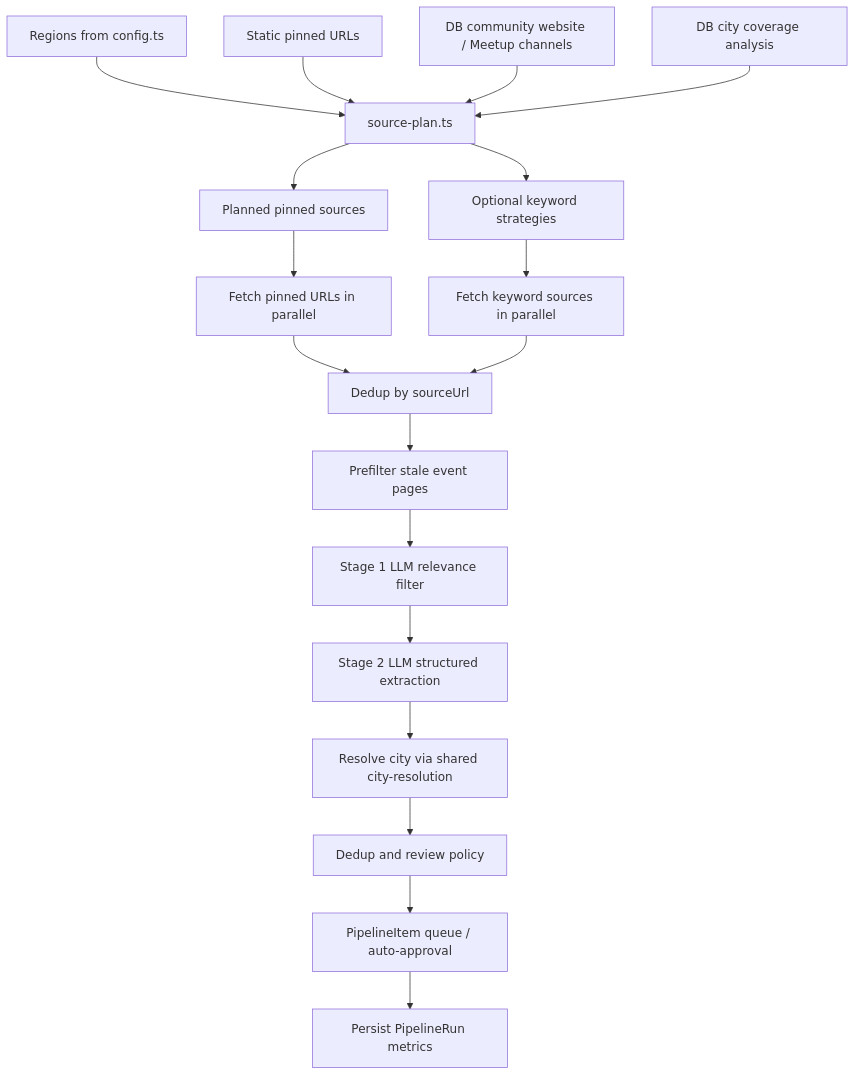
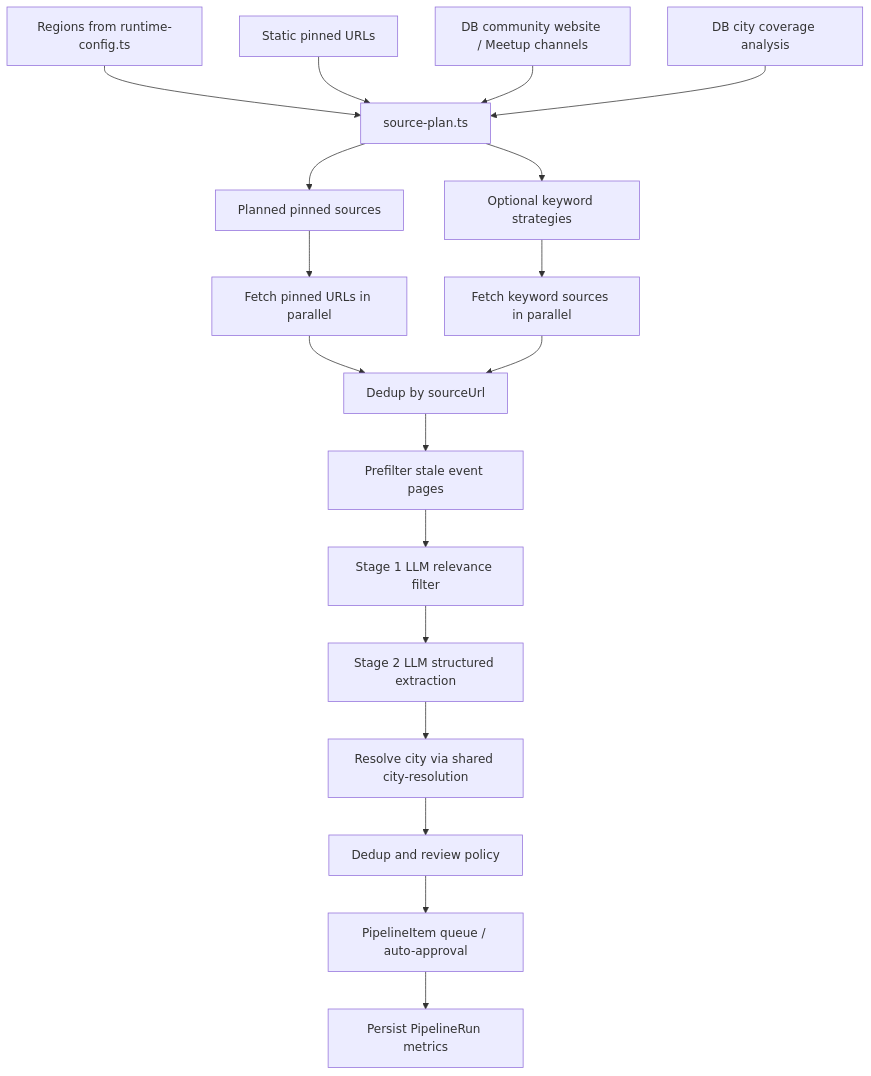
The diagram in docs/AI_PIPELINE_ARCHITECTURE.md (IndLokal/indlokal), drawn with Mermaid before and after one commit. The commit also changed other lines of this file and 1 other file, not shown here.

````diff
--- a/docs/AI_PIPELINE_ARCHITECTURE.md
+++ b/docs/AI_PIPELINE_ARCHITECTURE.md
@@ -44,24 +44,24 @@
 ```mermaid
 flowchart TD
-    A[Regions from config.ts] --> B[source-plan.ts]
+    A[Regions from runtime-config.ts] --> B[source-plan.ts]
     C[Static pinned URLs] --> B
     D[DB community website / Meetup channels] --> B
     E[DB city coverage analysis] --> B
 
     B --> F[Planned pinned sources]
     B --> G[Optional keyword strategies]
 
     F --> H[Fetch pinned URLs in parallel]
     G --> I[Fetch keyword sources in parallel]
 
     H --> J[Dedup by sourceUrl]
     I --> J
 
     J --> K[Prefilter stale event pages]
     K --> L[Stage 1 LLM relevance filter]
     L --> M[Stage 2 LLM structured extraction]
     M --> N[Resolve city via shared city-resolution]
     N --> O[Dedup and review policy]
     O --> P[PipelineItem queue / auto-approval]
     P --> Q[Persist PipelineRun metrics]
 ```
````
